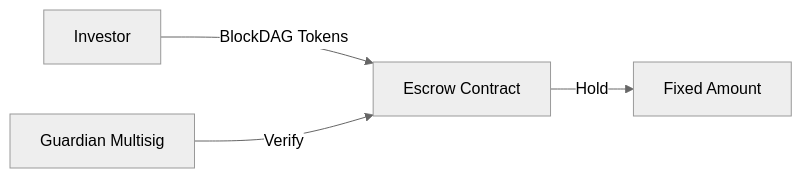
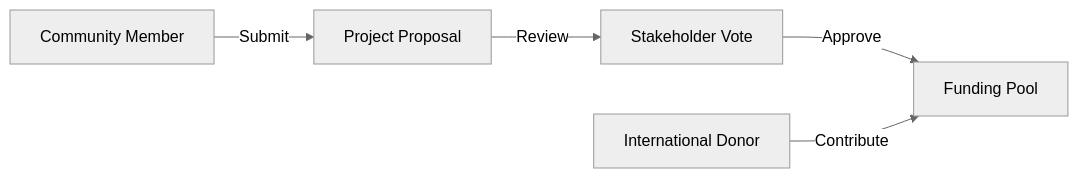
The third of 7 diagrams in README.md (tapilew/equilibrio-alpha), drawn with Mermaid (neutral theme) before and after one commit. The commit also changed other lines of this file, not shown here.

````diff
--- a/README.md
+++ b/README.md
@@ -131,6 +184,7 @@
    ```mermaid
    graph LR
-       A[Investor] -->|BlockDAG Tokens| B[Escrow Contract]
-       B -->|Hold| C[Fixed Amount]
-       D[Guardian Multisig] -->|Verify| B
+       A[Community Member] -->|Submit| B[Project Proposal]
+       B -->|Review| C[Stakeholder Vote]
+       C -->|Approve| D[Funding Pool]
+       E[International Donor] -->|Contribute| D
    ```
````
